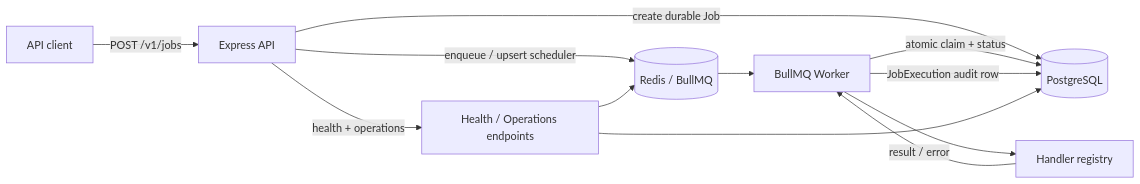
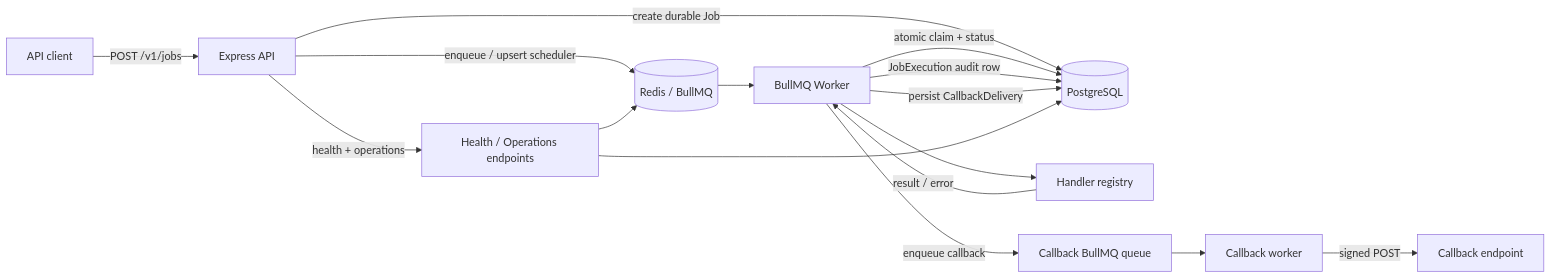
One commit to AdemolaAdedoyin/taskflow changed the diagram in README.md. Above: the diagram before and after it, drawn with Mermaid. The commit also changed other lines of this file, not shown here.

Commit message:
Document durable signed completion callbacks and roadmap

````diff
--- a/README.md
+++ b/README.md
@@ -23,14 +24,18 @@
 ```mermaid
 flowchart LR
     Client[API client] -->|POST /v1/jobs| API[Express API]
     API -->|create durable Job| PG[(PostgreSQL)]
     API -->|enqueue / upsert scheduler| Redis[(Redis / BullMQ)]
     Redis --> Worker[BullMQ Worker]
     Worker -->|atomic claim + status| PG
     Worker --> Handler[Handler registry]
     Handler -->|result / error| Worker
     Worker -->|JobExecution audit row| PG
+    Worker -->|persist CallbackDelivery| PG
+    Worker -->|enqueue callback| CallbackQueue[Callback BullMQ queue]
+    CallbackQueue --> CallbackWorker[Callback worker]
+    CallbackWorker -->|signed POST| Subscriber[Callback endpoint]
     API -->|health + operations| Ops[Health / Operations endpoints]
     Ops --> PG
     Ops --> Redis
 ```
````
